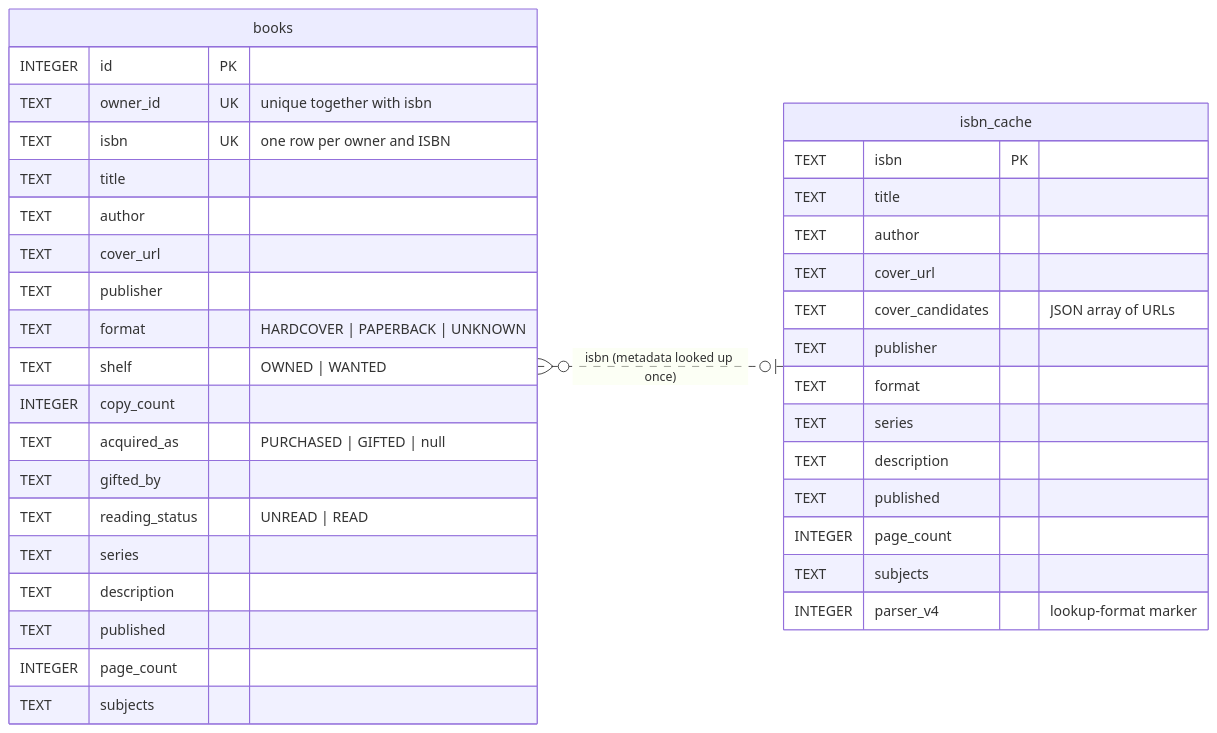
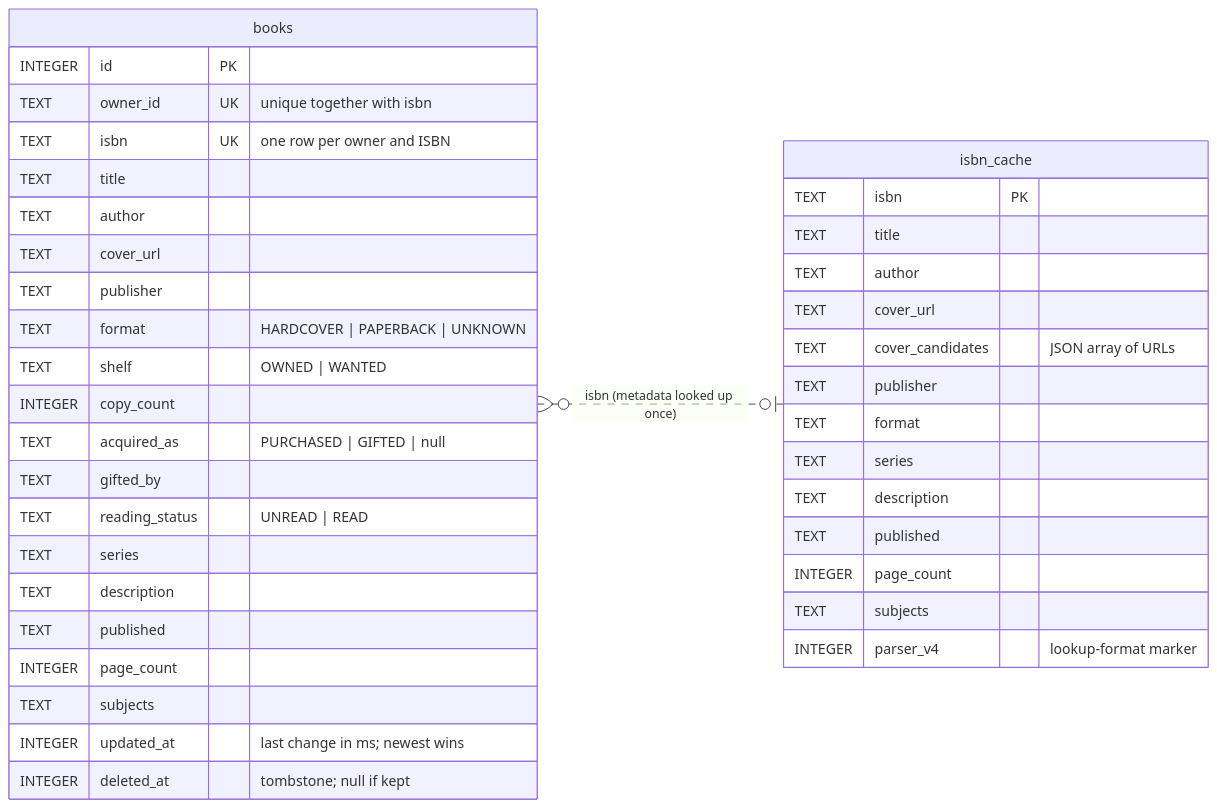
One commit to ghechavarria/cen5064-project-hechavarria changed the diagram in docs/design/diagrams/data-model.mmd. Above: the diagram before and after it, drawn with Mermaid. The commit also changed 23 other files, not shown here.

First line of the commit message:
Diagrams: feature 4 in the C4 and UML views, every figure at 7pt or larger

```diff
--- a/docs/design/diagrams/data-model.mmd
+++ b/docs/design/diagrams/data-model.mmd
@@ -1,38 +1,40 @@
 erDiagram
     direction LR
     books {
         INTEGER id PK
         TEXT owner_id UK "unique together with isbn"
         TEXT isbn UK "one row per owner and ISBN"
         TEXT title
         TEXT author
         TEXT cover_url
         TEXT publisher
         TEXT format "HARDCOVER | PAPERBACK | UNKNOWN"
         TEXT shelf "OWNED | WANTED"
         INTEGER copy_count
         TEXT acquired_as "PURCHASED | GIFTED | null"
         TEXT gifted_by
         TEXT reading_status "UNREAD | READ"
         TEXT series
         TEXT description
         TEXT published
         INTEGER page_count
         TEXT subjects
+        INTEGER updated_at "last change in ms; newest wins"
+        INTEGER deleted_at "tombstone; null if kept"
     }
     isbn_cache {
         TEXT isbn PK
         TEXT title
         TEXT author
         TEXT cover_url
         TEXT cover_candidates "JSON array of URLs"
         TEXT publisher
         TEXT format
         TEXT series
         TEXT description
         TEXT published
         INTEGER page_count
         TEXT subjects
         INTEGER parser_v4 "lookup-format marker"
     }
     books }o..o| isbn_cache : "isbn (metadata looked up once)"
```
